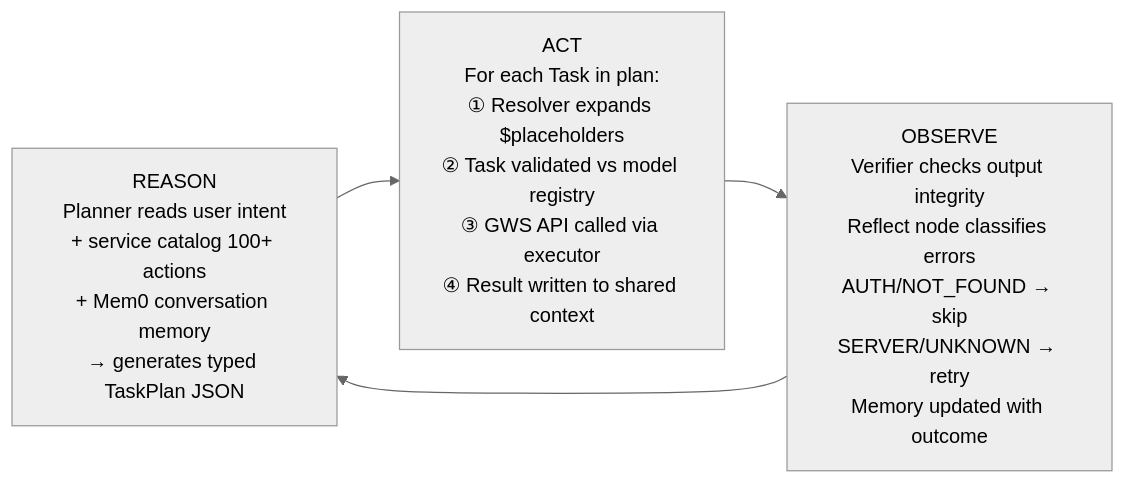
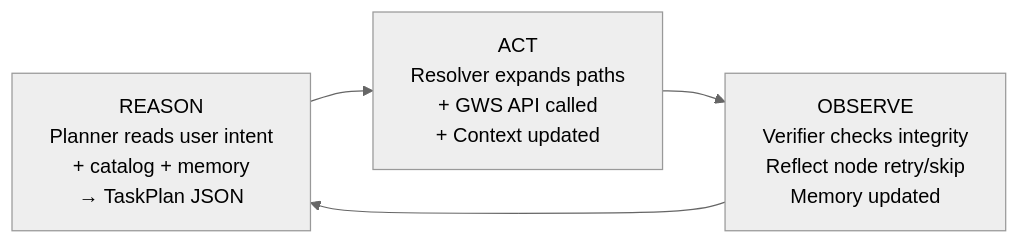
Before and after one commit to haseeb-heaven/gworkspace-agent: the third of 4 diagrams in README.md, drawn with Mermaid (neutral theme). The commit also changed other lines of this file and 14 other files, not shown here.

````diff
--- a/README.md
+++ b/README.md
@@ -184,8 +196,8 @@
 ```mermaid
 flowchart LR
-    R["REASON<br>Planner reads user intent<br>+ service catalog 100+ actions<br>+ Mem0 conversation memory<br>→ generates typed TaskPlan JSON"]
-    A["ACT<br>For each Task in plan:<br>① Resolver expands $placeholders<br>② Task validated vs model registry<br>③ GWS API called via executor<br>④ Result written to shared context"]
-    O["OBSERVE<br>Verifier checks output integrity<br>Reflect node classifies errors<br>AUTH/NOT_FOUND → skip<br>SERVER/UNKNOWN → retry<br>Memory updated with outcome"]
+    R["REASON<br>Planner reads user intent<br>+ catalog + memory<br>→ TaskPlan JSON"]
+    A["ACT<br>Resolver expands paths<br>+ GWS API called<br>+ Context updated"]
+    O["OBSERVE<br>Verifier checks integrity<br>Reflect node retry/skip<br>Memory updated"]
 
     R --> A --> O --> R
 ```
````
